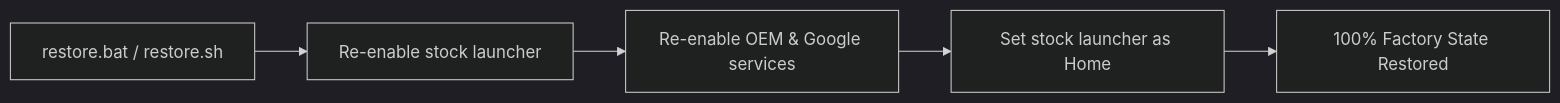
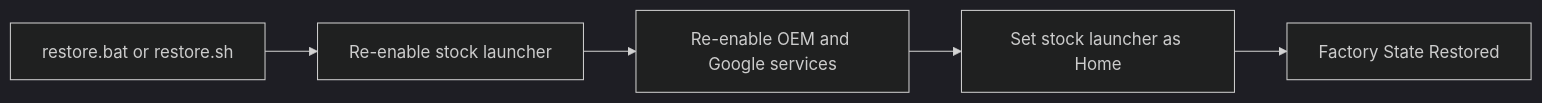
Before and after one commit to Rishisharma029/CleanTV-Home: the third of 3 diagrams in README.md, drawn with Mermaid (dark theme). The commit also changed other lines of this file and 5 other files, not shown here.

Commit message:
fix(ci): fix shellcheck warnings, assembleDebug build step, and Mermaid rollback diagram

````diff
--- a/README.md
+++ b/README.md
@@ -139,7 +139,7 @@
 ```mermaid
-flowchart LR
-    A["restore.bat / restore.sh"] --> B["Re-enable stock launcher"]
-    B --> C["Re-enable OEM & Google services"]
+graph LR
+    A["restore.bat or restore.sh"] --> B["Re-enable stock launcher"]
+    B --> C["Re-enable OEM and Google services"]
     C --> D["Set stock launcher as Home"]
-    D --> E["100% Factory State Restored"]
+    D --> E["Factory State Restored"]
 ```
````
